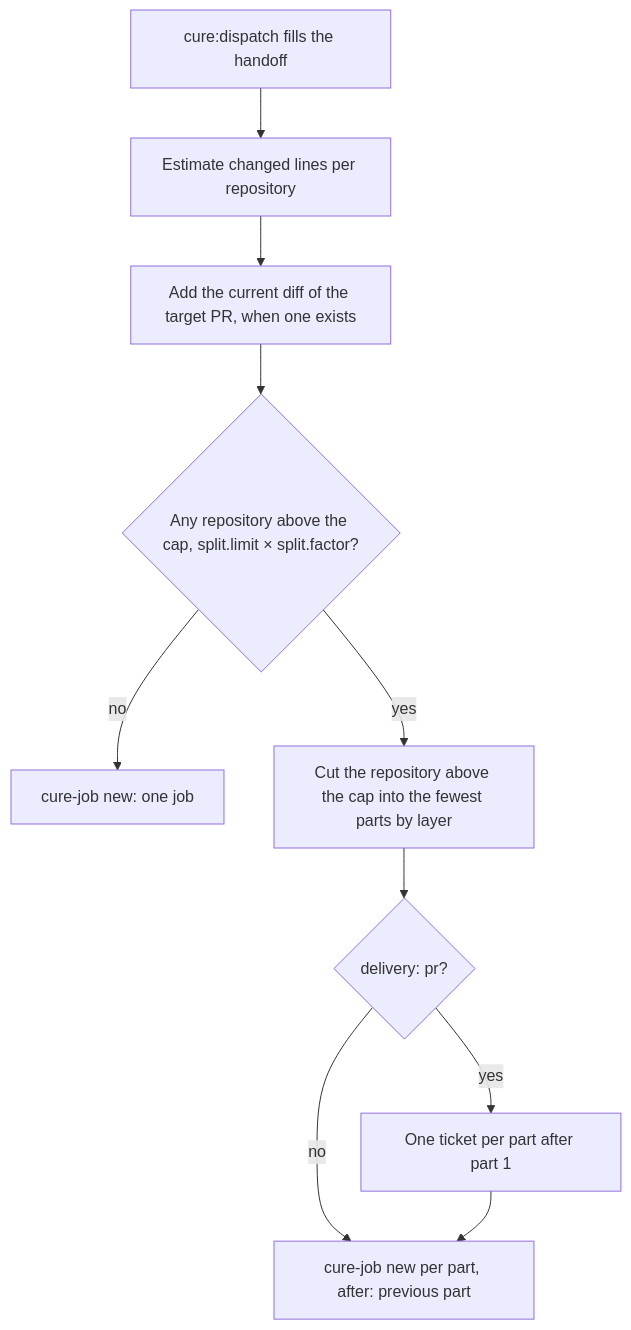
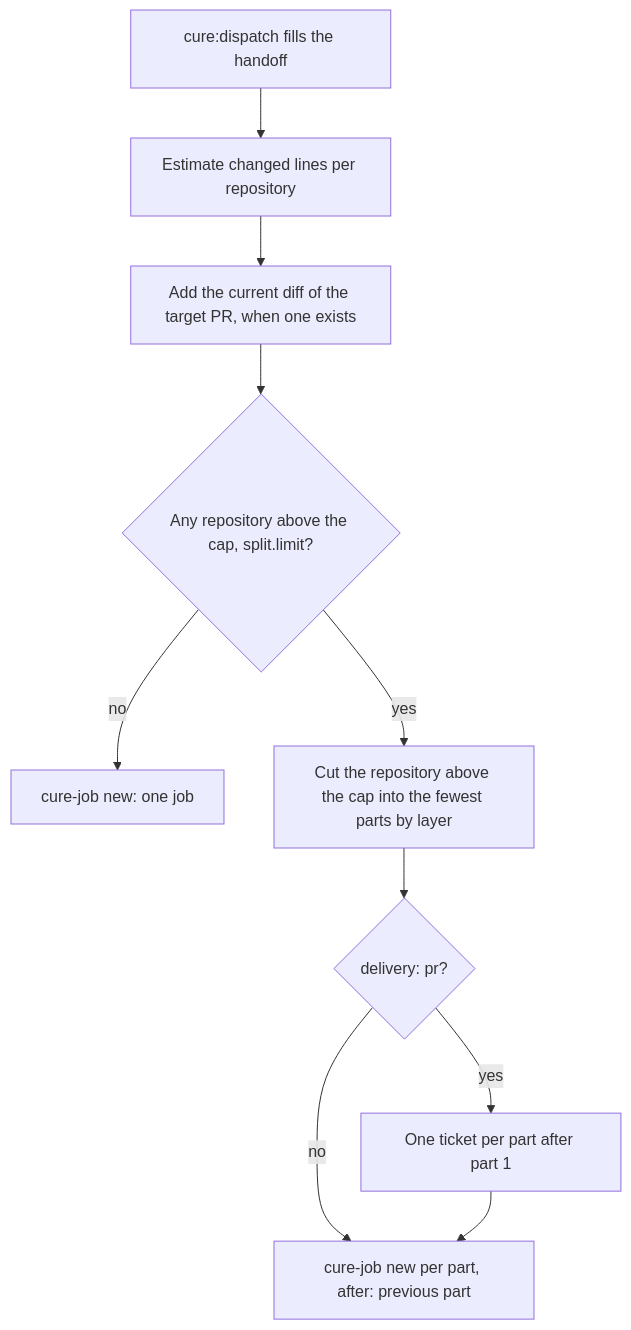
The third of 3 diagrams in docs/dispatcher-resource-scheduling.md (zagrichanskiy/claude-plugins), drawn with Mermaid before and after one commit. The commit also changed other lines of this file and 16 other files, not shown here.

Commit message:
Split an oversized branch into a chain of parts that each stay under the cap (#99)

````diff
--- a/docs/dispatcher-resource-scheduling.md
+++ b/docs/dispatcher-resource-scheduling.md
@@ -140,12 +140,12 @@
 ```mermaid
 flowchart TD
     A[cure:dispatch fills the handoff] --> B[Estimate changed lines per repository]
     B --> B2[Add the current diff of the target PR, when one exists]
-    B2 --> C{Any repository above the cap, split.limit × split.factor?}
+    B2 --> C{Any repository above the cap, split.limit?}
     C -- no --> D[cure-job new: one job]
     C -- yes --> E[Cut the repository above the cap into the fewest parts by layer]
     E --> G{delivery: pr?}
     G -- yes --> H[One ticket per part after part 1]
     G -- no --> I[cure-job new per part, after: previous part]
     H --> I
 ```
````
